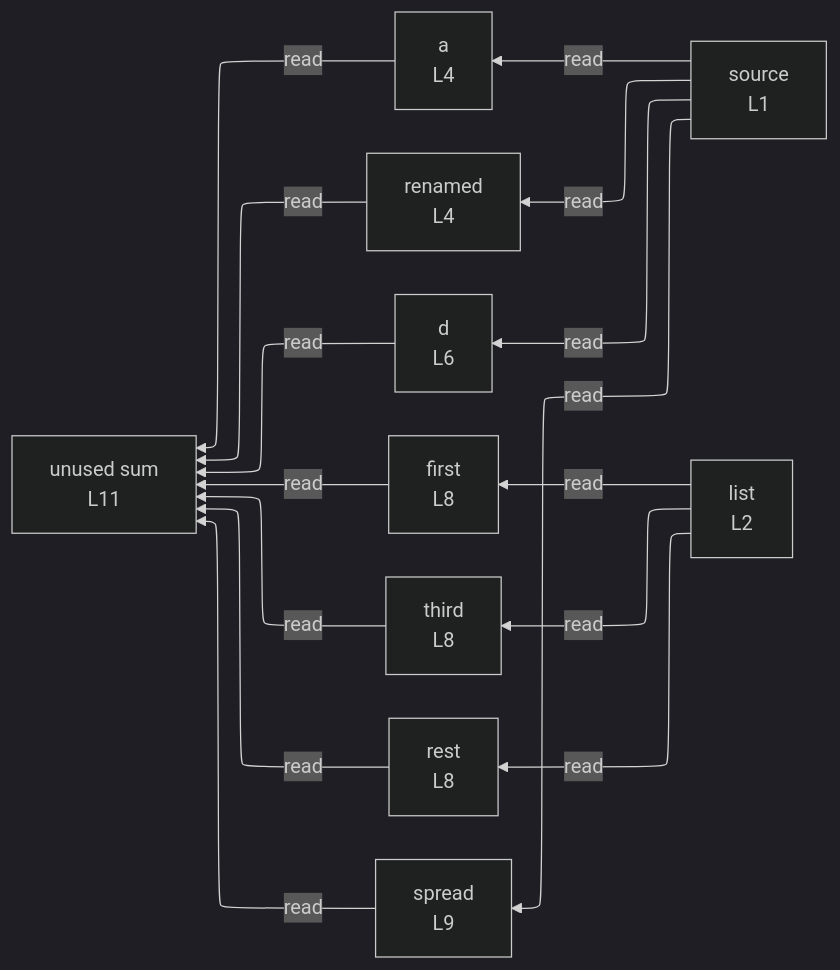
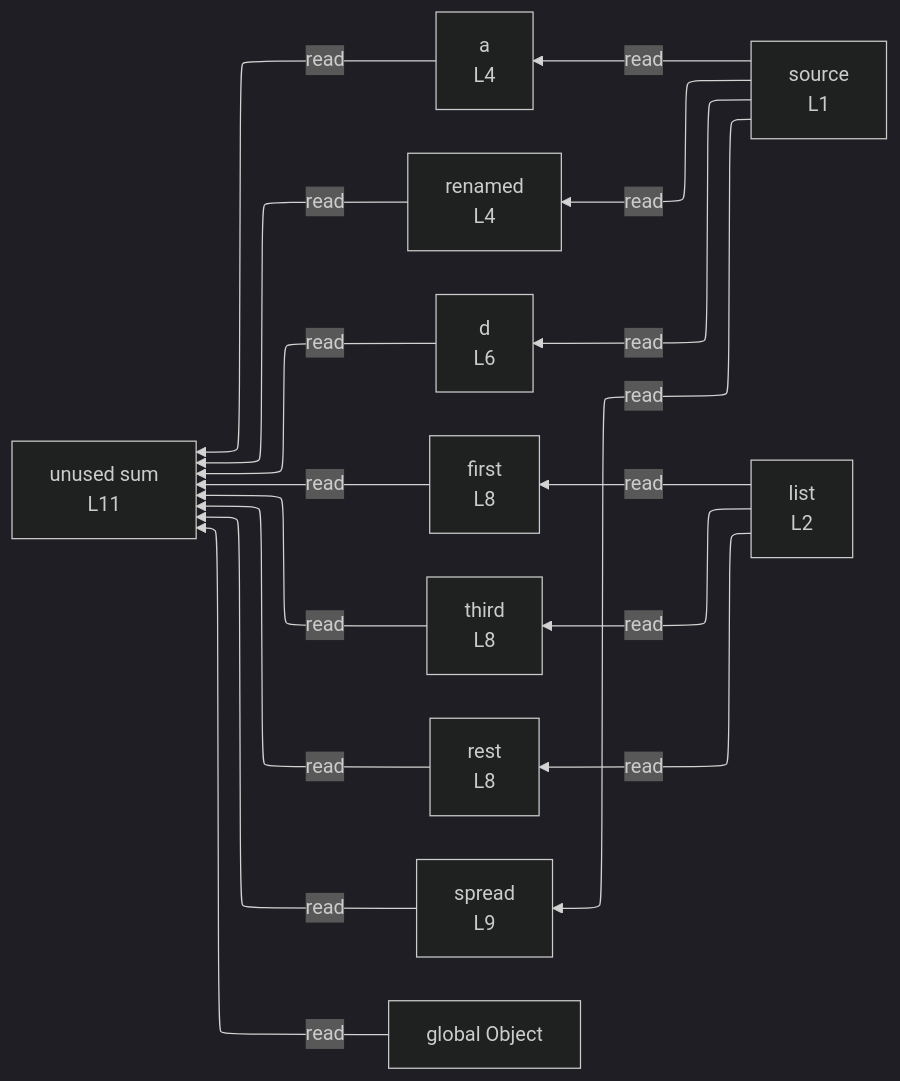
One commit to crescware/unsnarl changed the diagram in integration/fixtures/destructuring/preview.md. Above: the diagram before and after it, drawn with Mermaid (dark theme). The commit also changed 107 other files, not shown here.

````diff
--- a/integration/fixtures/destructuring/preview.md
+++ b/integration/fixtures/destructuring/preview.md
@@ -22,28 +22,30 @@
 ```mermaid
 %%{init: {"flowchart": {"defaultRenderer": "elk"}}}%%
 flowchart RL
   n_scope_0_source_6["source<br/>L1"]
   n_scope_0_list_61["list<br/>L2"]
   n_scope_0_a_95["a<br/>L4"]
   n_scope_0_renamed_101["renamed<br/>L4"]
   n_scope_0_d_141["d<br/>L6"]
   n_scope_0_first_165["first<br/>L8"]
   n_scope_0_third_174["third<br/>L8"]
   n_scope_0_rest_184["rest<br/>L8"]
   n_scope_0_spread_209["spread<br/>L9"]
   n_scope_0_sum_235["unused sum<br/>L11"]
+  n_scope_0_Object_291["global Object"]
   n_scope_0_source_6 -->|read| n_scope_0_a_95
   n_scope_0_source_6 -->|read| n_scope_0_renamed_101
   n_scope_0_source_6 -->|read| n_scope_0_d_141
   n_scope_0_list_61 -->|read| n_scope_0_first_165
   n_scope_0_list_61 -->|read| n_scope_0_third_174
   n_scope_0_list_61 -->|read| n_scope_0_rest_184
   n_scope_0_source_6 -->|read| n_scope_0_spread_209
   n_scope_0_a_95 -->|read| n_scope_0_sum_235
   n_scope_0_renamed_101 -->|read| n_scope_0_sum_235
   n_scope_0_d_141 -->|read| n_scope_0_sum_235
   n_scope_0_first_165 -->|read| n_scope_0_sum_235
   n_scope_0_third_174 -->|read| n_scope_0_sum_235
   n_scope_0_rest_184 -->|read| n_scope_0_sum_235
+  n_scope_0_Object_291 -->|read| n_scope_0_sum_235
   n_scope_0_spread_209 -->|read| n_scope_0_sum_235
 ```
````
